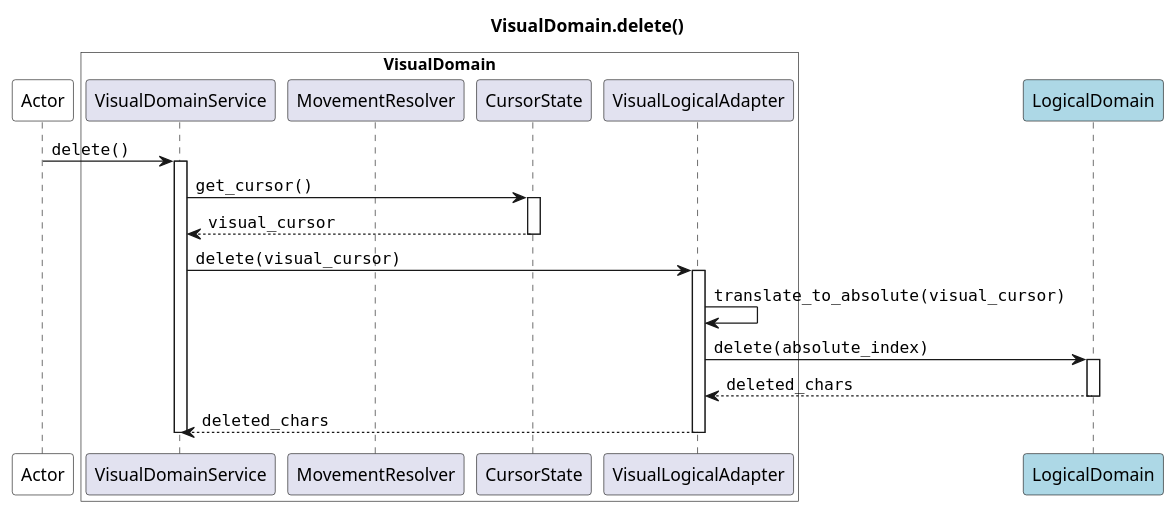
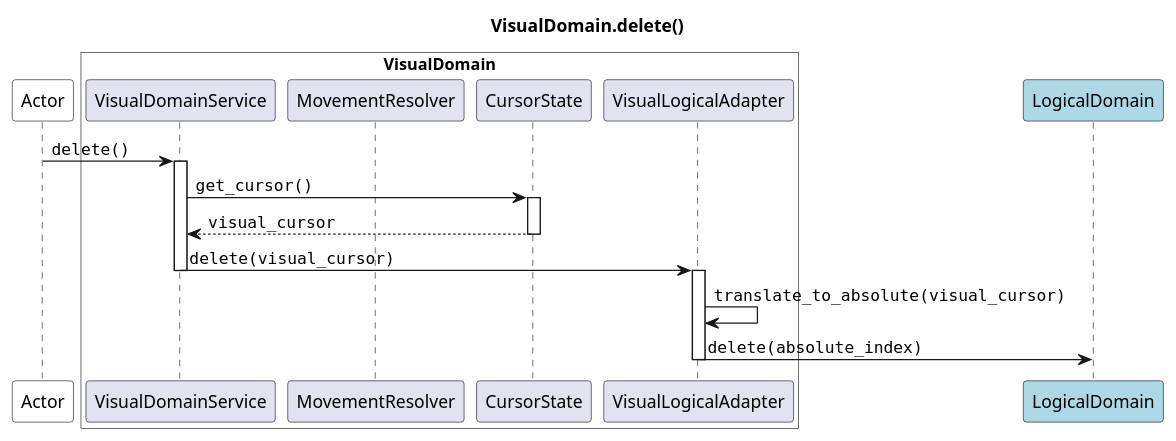
Before and after one commit to JoeRittiner/TextEngine: the diagram in docs/source/specs/architecture/diagrams/sequence/seq_delete_visual.puml, drawn with PlantUML. The commit also changed 12 other files, not shown here.

```diff
--- a/docs/source/specs/architecture/diagrams/sequence/seq_delete_visual.puml
+++ b/docs/source/specs/architecture/diagrams/sequence/seq_delete_visual.puml
@@ -1,28 +1,27 @@
 @startuml
 
 title VisualDomain.delete()
 
 participant Actor as app #white
 box "VisualDomain" #white
     participant VisualDomainService as VS
     participant MovementResolver as MR
     participant CursorState as CS
     participant VisualLogicalAdapter as VA
 end box
 participant LogicalDomain as LD #lightblue
 
 app -> VS : ""delete()""
 activate VS
     VS -> CS : ""get_cursor()""
     activate CS
         return ""visual_cursor""
     VS -> VA : ""delete(visual_cursor)""
-    activate VA
-        VA -> VA : ""translate_to_absolute(visual_cursor)""
-        VA -> LD : ""delete(absolute_index)""
-        activate LD
-            return ""deleted_chars""
-        return ""deleted_chars""
-    deactivate VS
+deactivate VS
+
+activate VA
+    VA -> VA : ""translate_to_absolute(visual_cursor)""
+    VA -> LD : ""delete(absolute_index)""
+deactivate VA
 
 @enduml
```
